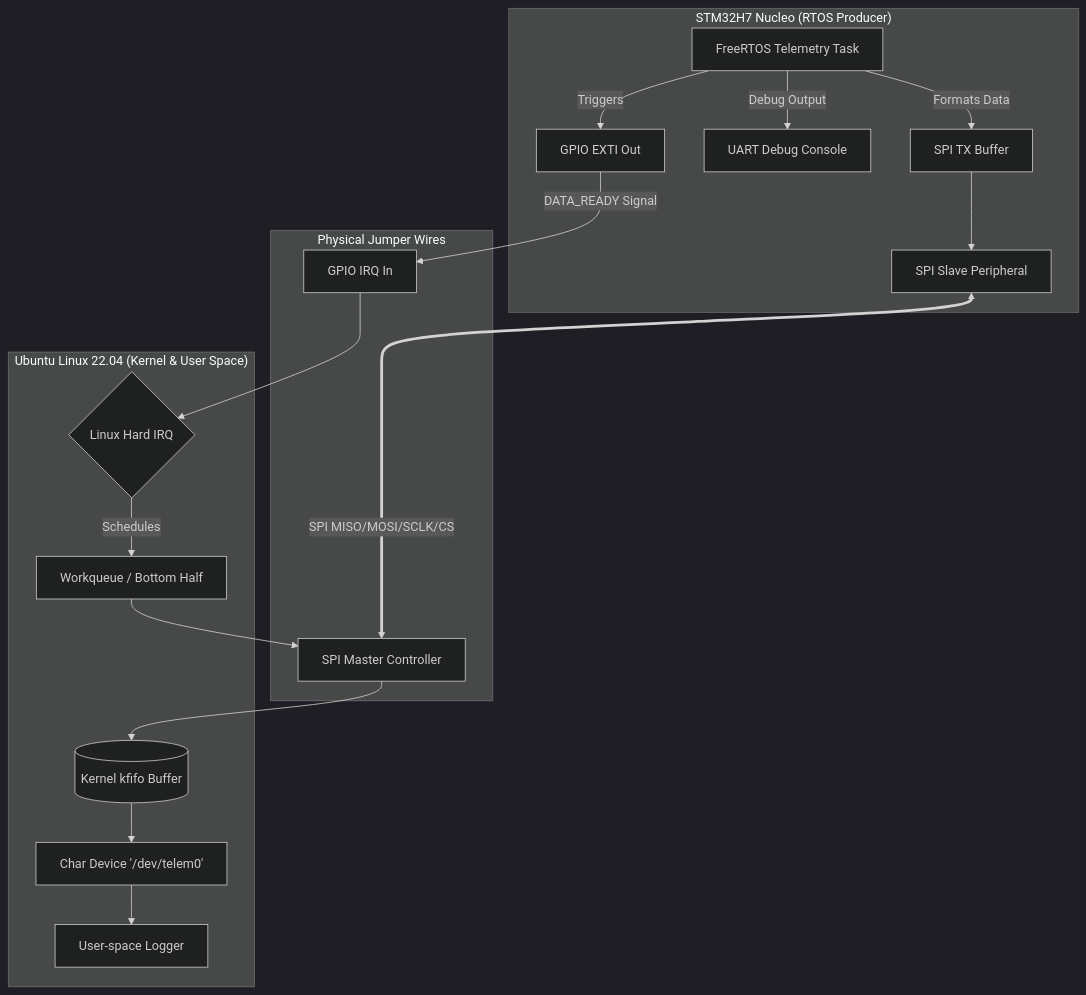
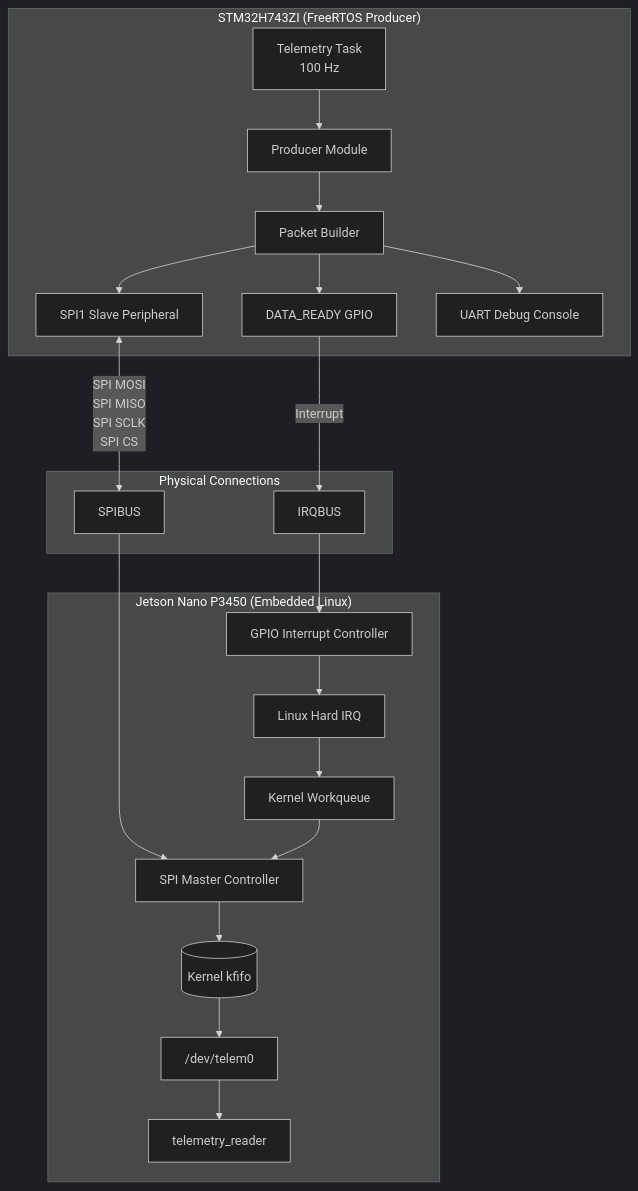
Before and after one commit to sheteshreyash/IPC-Bridge: the diagram in docs/diagrams/block_diagrams/sprint3_system_overview.mmd, drawn with Mermaid (dark theme). The commit also changed 21 other files, not shown here.

Commit message:
Docs : Added docs for Sprint3 dummy telem and jetson nano devkit

```diff
--- a/docs/diagrams/block_diagrams/sprint3_system_overview.mmd
+++ b/docs/diagrams/block_diagrams/sprint3_system_overview.mmd
@@ -1,21 +1,36 @@
 graph TD
-    subgraph STM32_Nucleo ["STM32H7 Nucleo (RTOS Producer)"]
-        A[FreeRTOS Telemetry Task] -->|Formats Data| B[SPI TX Buffer]
-        A -->|Debug Output| UART[UART Debug Console]
-        B --> C[SPI Slave Peripheral]
-        A -->|Triggers| D[GPIO EXTI Out]
+
+    subgraph STM32["STM32H743ZI (FreeRTOS Producer)"]
+
+        A[Telemetry Task<br/>100 Hz]
+        B[Producer Module]
+        C[Packet Builder]
+        D[SPI1 Slave Peripheral]
+        E[DATA_READY GPIO]
+
+        UART[UART Debug Console]
+        A --> B
+        B --> C
+        C --> D
+        C --> UART
+        C --> E
     end
 
-    subgraph Hardware_Bus ["Physical Jumper Wires"]
-        C <==>|SPI MISO/MOSI/SCLK/CS| E
-        D -->|DATA_READY Signal| F
+    subgraph BUS["Physical Connections"]
+
+        D <-->|SPI MOSI<br/>SPI MISO<br/>SPI SCLK<br/>SPI CS| SPIBUS
+        E -->|Interrupt| IRQBUS
     end
 
-    subgraph Raspberry_Pi ["Ubuntu Linux 22.04 (Kernel & User Space)"]
-        F[GPIO IRQ In] --> G{Linux Hard IRQ}
-        G -->|Schedules| H[Workqueue / Bottom Half]
-        H --> E[SPI Master Controller]
-        E --> I[(Kernel kfifo Buffer)]
-        I --> J[Char Device '/dev/telem0']
-        J --> K[User-space Logger]
+    subgraph JETSON["Jetson Nano P3450 (Embedded Linux)"]
+
+        IRQBUS --> G[GPIO Interrupt Controller]
+        G --> H[Linux Hard IRQ]
+        H --> I[Kernel Workqueue]
+        SPIBUS --> J[SPI Master Controller]
+
+        I --> J
+        J --> K[(Kernel kfifo)]
+        K --> L["/dev/telem0"]
+        L --> M[telemetry_reader]
     end
```
